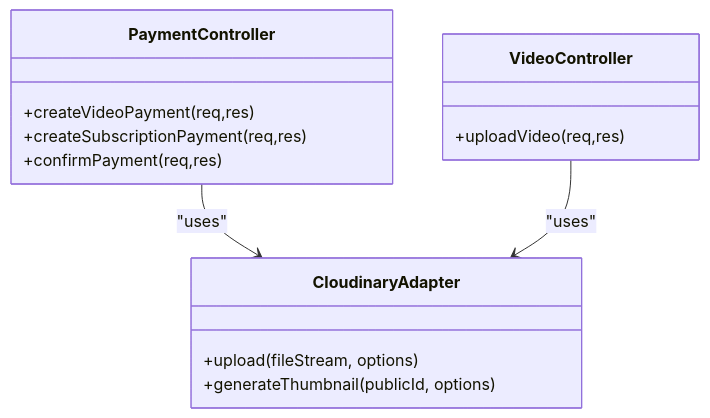
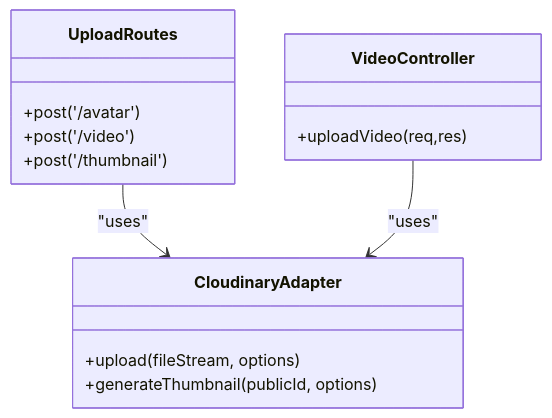
One commit to Alexandrexicara/craque-vision changed the sixth of 11 diagrams in .qoder/repowiki/en/content/Architecture Overview/Integration Patterns.md. Above: the diagram before and after it, drawn with Mermaid. The commit also changed other lines of this file and 10 other files, not shown here.

````diff
--- a/.qoder/repowiki/en/content/Architecture Overview/Integration Patterns.md
+++ b/.qoder/repowiki/en/content/Architecture Overview/Integration Patterns.md
@@ -216,17 +327,17 @@
 ```mermaid
 classDiagram
-class PaymentController {
-+createVideoPayment(req,res)
-+createSubscriptionPayment(req,res)
-+confirmPayment(req,res)
+class UploadRoutes {
++post('/avatar')
++post('/video')
++post('/thumbnail')
 }
 class CloudinaryAdapter {
 +upload(fileStream, options)
 +generateThumbnail(publicId, options)
 }
 class VideoController {
 +uploadVideo(req,res)
 }
-PaymentController --> CloudinaryAdapter : "uses"
+UploadRoutes --> CloudinaryAdapter : "uses"
 VideoController --> CloudinaryAdapter : "uses"
 ```
````
